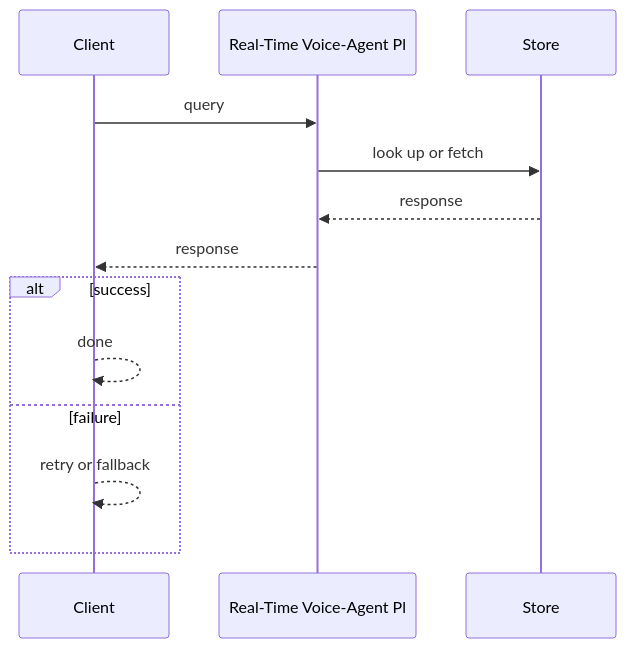
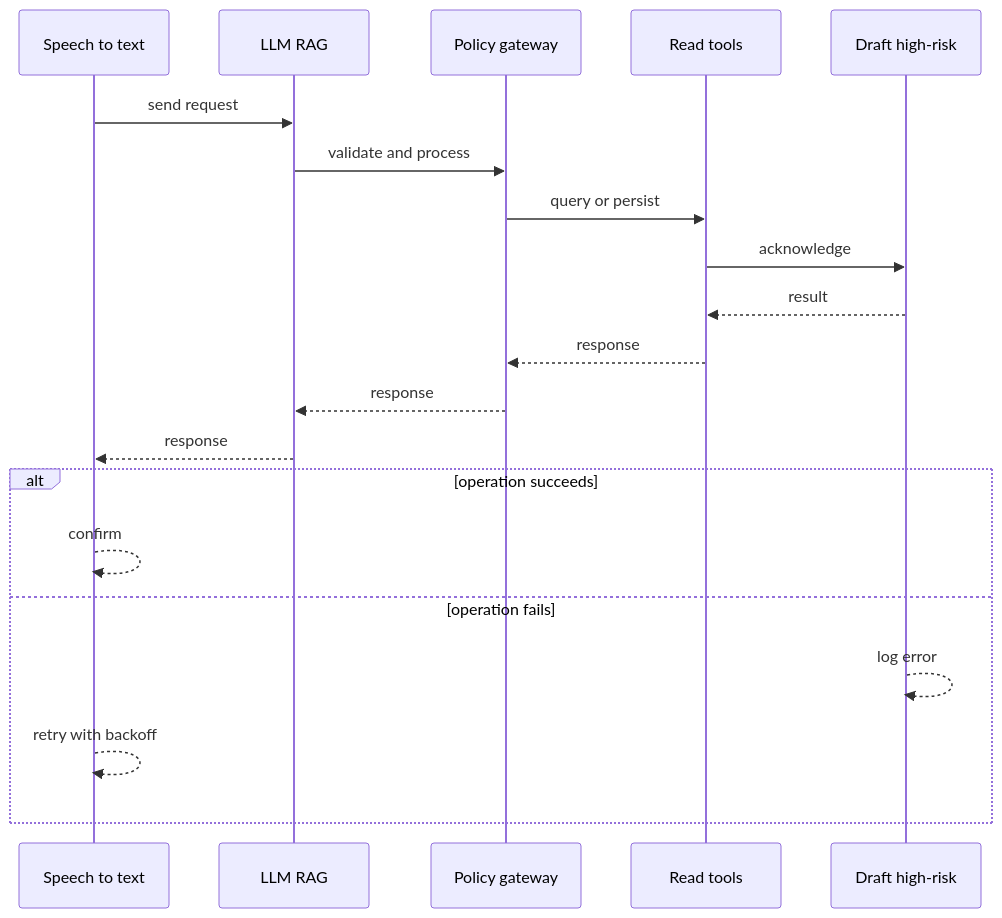
The second of 4 diagrams in case-studies/ai-systems/real-time-voice-agent-platform.md (RIT-MESH/system-design-mastery), drawn with Mermaid before and after one commit. The commit also changed other lines of this file and 64 other files, not shown here.

````diff
--- a/case-studies/ai-systems/real-time-voice-agent-platform.md
+++ b/case-studies/ai-systems/real-time-voice-agent-platform.md
@@ -83,16 +70,23 @@
 ```mermaid
 %% created-for: system-design-mastery
 sequenceDiagram
-  participant P0 as Client
-  participant P1 as Real-Time Voice-Agent Pl
-  participant P2 as Store
-  P0 ->> P1: query
-  P1 ->> P2: look up or fetch
-  P2 -->> P1: response
-  P1 -->> P0: response
-  alt success
-    P0 -->> P0: done
-  else failure
-    P0 -->> P0: retry or fallback
+  participant C0 as Speech to text
+  participant C1 as LLM RAG
+  participant C2 as Policy gateway
+  participant C3 as Read tools
+  participant C4 as Draft high-risk
+  C0 ->> C1: send request
+  C1 ->> C2: validate and process
+  C2 ->> C3: query or persist
+  C3 ->> C4: acknowledge
+  C4 -->> C3: result
+  C3 -->> C2: response
+  C2 -->> C1: response
+  C1 -->> C0: response
+  alt operation succeeds
+    C0 -->> C0: confirm
+  else operation fails
+    C4 -->> C4: log error
+    C0 -->> C0: retry with backoff
   end
 ```
````
